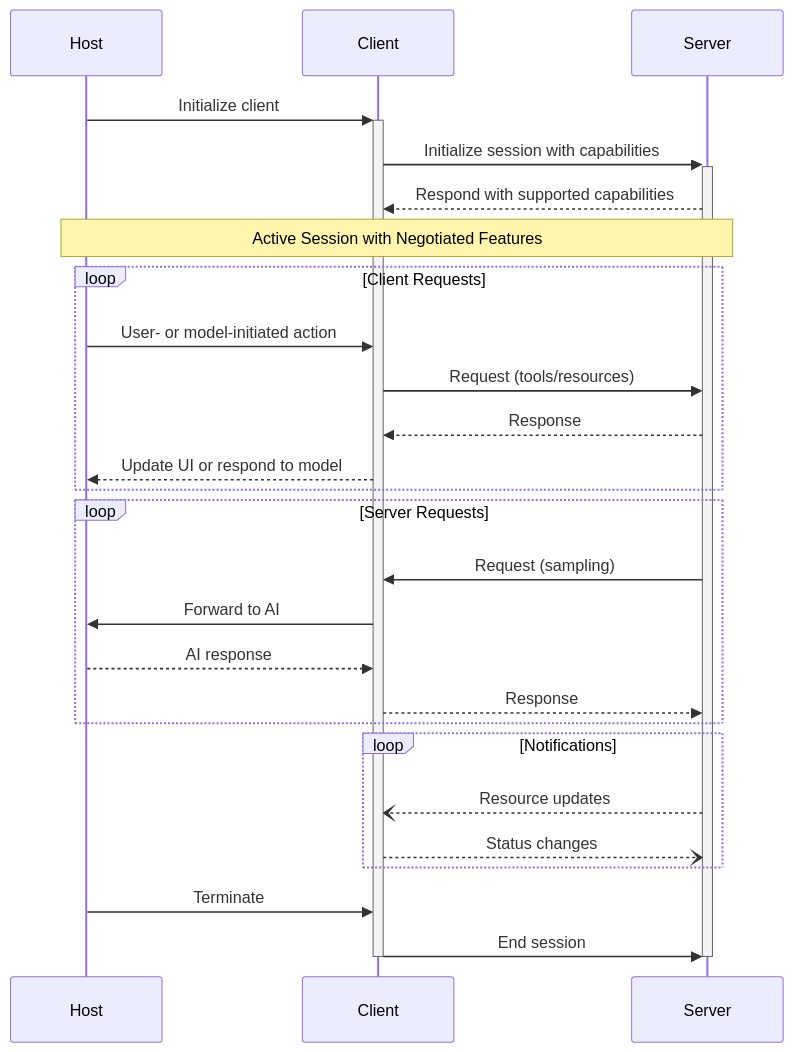
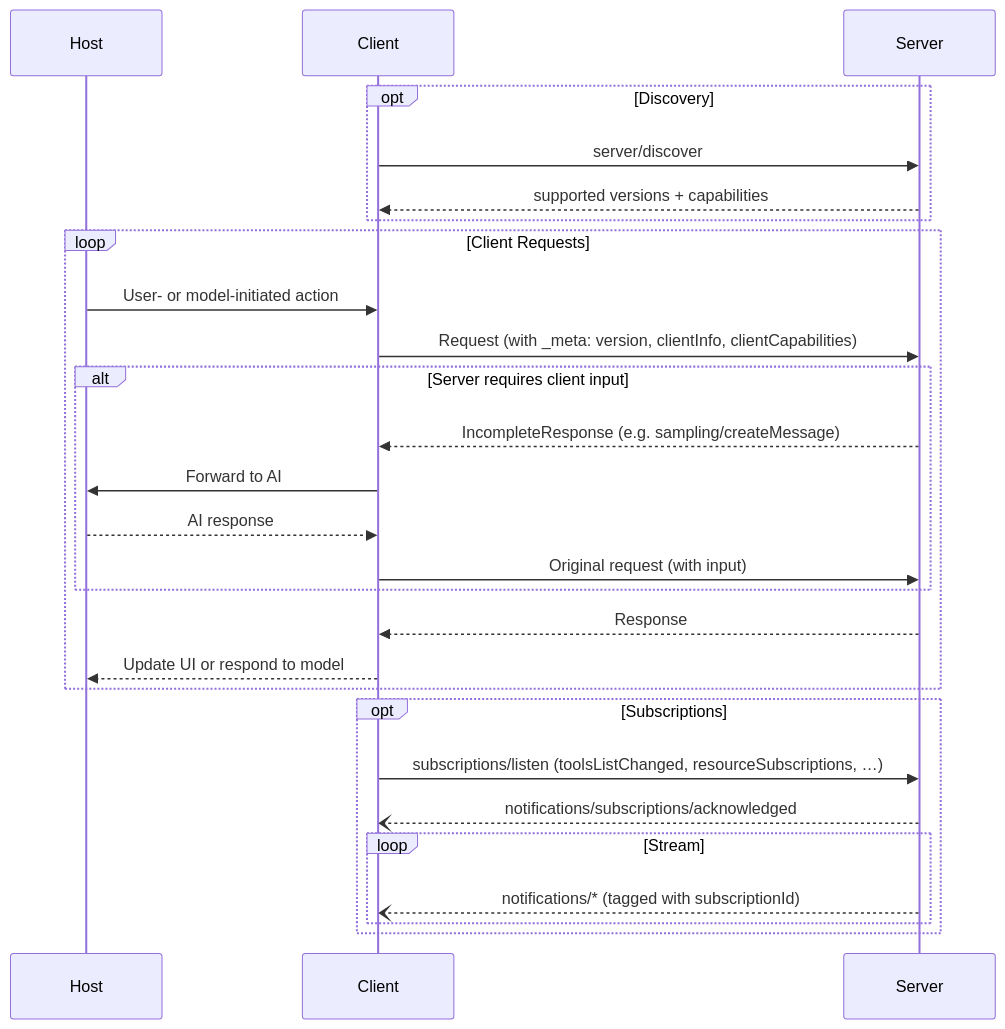
One commit to modelcontextprotocol/modelcontextprotocol changed the second of 2 diagrams in docs/specification/draft/architecture/index.mdx. Above: the diagram before and after it, drawn with Mermaid. The commit also changed other lines of this file and 68 other files, not shown here.

````diff
--- a/docs/specification/draft/architecture/index.mdx
+++ b/docs/specification/draft/architecture/index.mdx
@@ -126,35 +131,32 @@
 ```mermaid
 sequenceDiagram
     participant Host
     participant Client
     participant Server
 
-    Host->>+Client: Initialize client
-    Client->>+Server: Initialize session with capabilities
-    Server-->>Client: Respond with supported capabilities
-
-    Note over Host,Server: Active Session with Negotiated Features
+    opt Discovery
+        Client->>Server: server/discover
+        Server-->>Client: supported versions + capabilities
+    end
 
     loop Client Requests
         Host->>Client: User- or model-initiated action
-        Client->>Server: Request (tools/resources)
+        Client->>Server: Request (with _meta: version, clientInfo, clientCapabilities)
+        alt Server requires client input
+            Server-->>Client: IncompleteResponse (e.g. sampling/createMessage)
+            Client->>Host: Forward to AI
+            Host-->>Client: AI response
+            Client->>Server: Original request (with input)
+        end
         Server-->>Client: Response
         Client-->>Host: Update UI or respond to model
     end
 
-    loop Server Requests
-        Server->>Client: Request (sampling)
-        Client->>Host: Forward to AI
-        Host-->>Client: AI response
-        Client-->>Server: Response
+    opt Subscriptions
+        Client->>Server: subscriptions/listen (toolsListChanged, resourceSubscriptions, …)
+        Server--)Client: notifications/subscriptions/acknowledged
+        loop Stream
+            Server--)Client: notifications/* (tagged with subscriptionId)
+        end
     end
-
-    loop Notifications
-        Server--)Client: Resource updates
-        Client--)Server: Status changes
-    end
-
-    Host->>Client: Terminate
-    Client->>-Server: End session
-    deactivate Server
 ```
````
